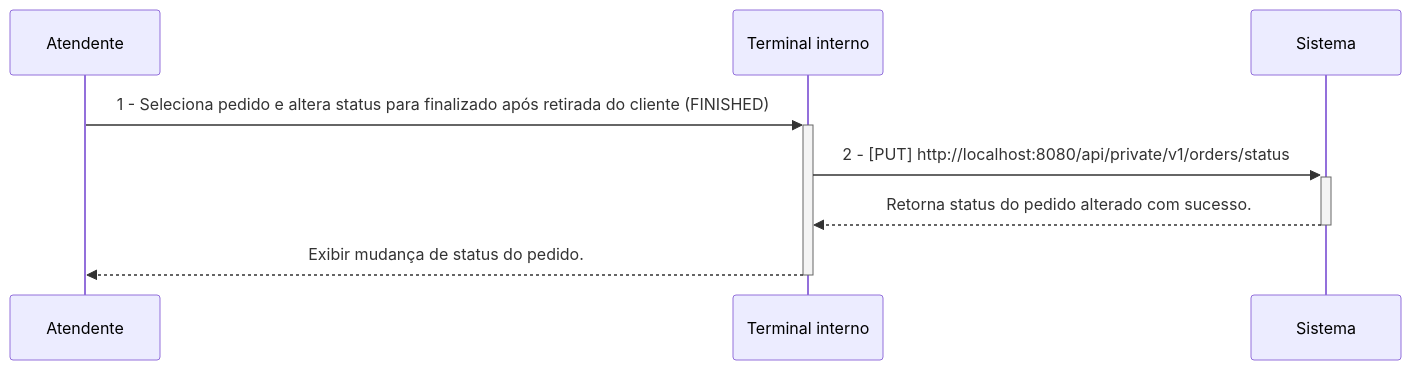
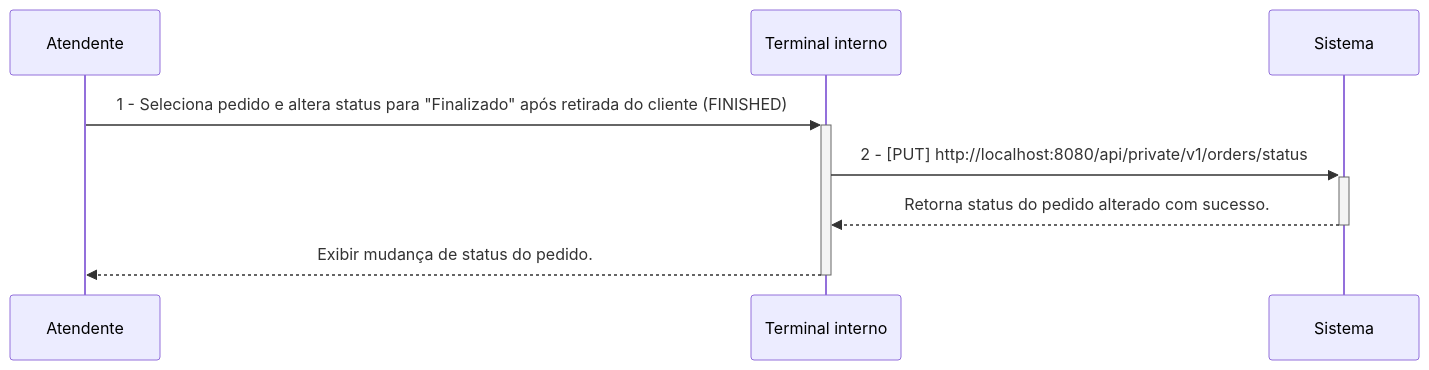
The fourth of 4 diagrams in README.md (fiap-8soat-tc-one/tc-backend), drawn with Mermaid before and after one commit. The commit also changed other lines of this file and 1 other file, not shown here.

Commit message:
fix readme and listOrders also returning CONFIRMED status.

````diff
--- a/README.md
+++ b/README.md
@@ -152,7 +152,7 @@
 ```mermaid
 sequenceDiagram
-    Atendente->>+Terminal interno: 1 - Seleciona pedido e altera status para finalizado após retirada do cliente (FINISHED)
+    Atendente->>+Terminal interno: 1 - Seleciona pedido e altera status para "Finalizado" após retirada do cliente (FINISHED)
     Terminal interno->>+Sistema: 2 - [PUT] http://localhost:8080/api/private/v1/orders/status
     Sistema-->>-Terminal interno: Retorna status do pedido alterado com sucesso.
     Terminal interno-->>-Atendente: Exibir mudança de status do pedido.
 ```
````
